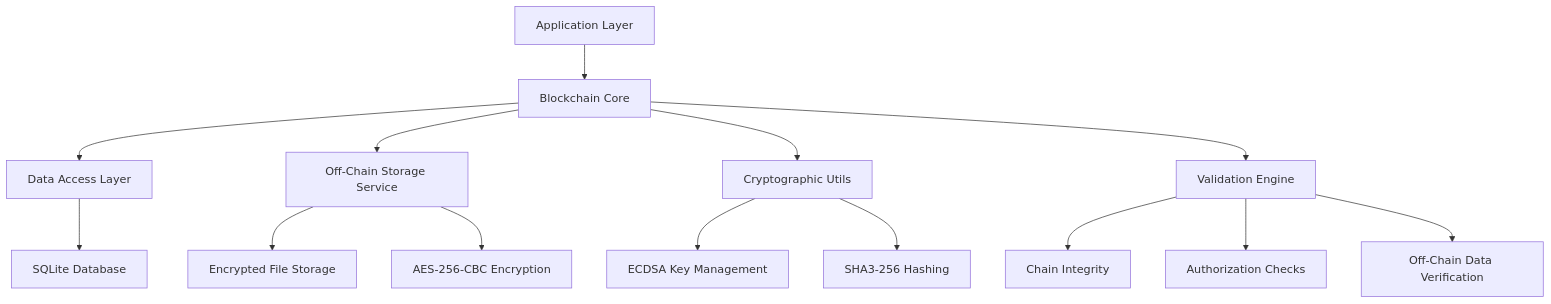
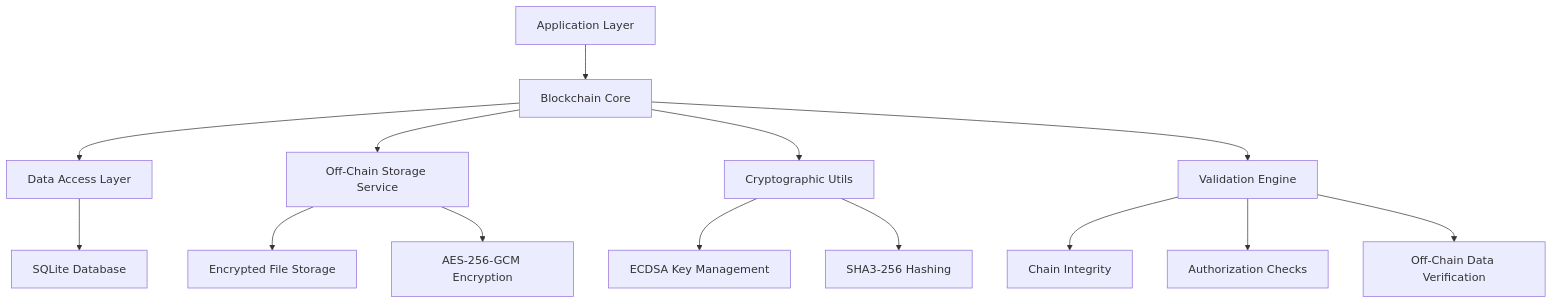
One commit to rbatllet/private-blockchain changed the first of 2 diagrams in docs/TECHNICAL_DETAILS.md. Above: the diagram before and after it, drawn with Mermaid. The commit also changed other lines of this file and 138 other files, not shown here.

````diff
--- a/docs/TECHNICAL_DETAILS.md
+++ b/docs/TECHNICAL_DETAILS.md
@@ -48,16 +48,16 @@
 ```mermaid
 graph TD
     A[Application Layer] --> B[Blockchain Core]
     B --> C[Data Access Layer]
     C --> D[SQLite Database]
     B --> K[Off-Chain Storage Service]
     K --> L[Encrypted File Storage]
-    K --> M[AES-256-CBC Encryption]
+    K --> M[AES-256-GCM Encryption]
     B --> E[Cryptographic Utils]
     E --> F[ECDSA Key Management]
     E --> G[SHA3-256 Hashing]
     B --> H[Validation Engine]
     H --> I[Chain Integrity]
     H --> J[Authorization Checks]
     H --> N[Off-Chain Data Verification]
 ```
````
